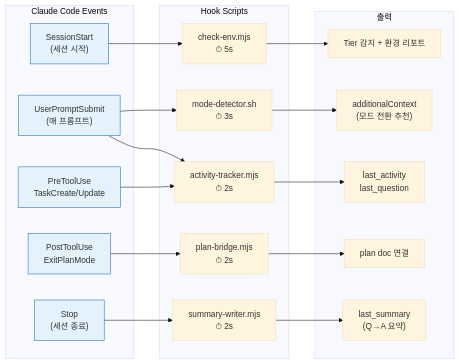
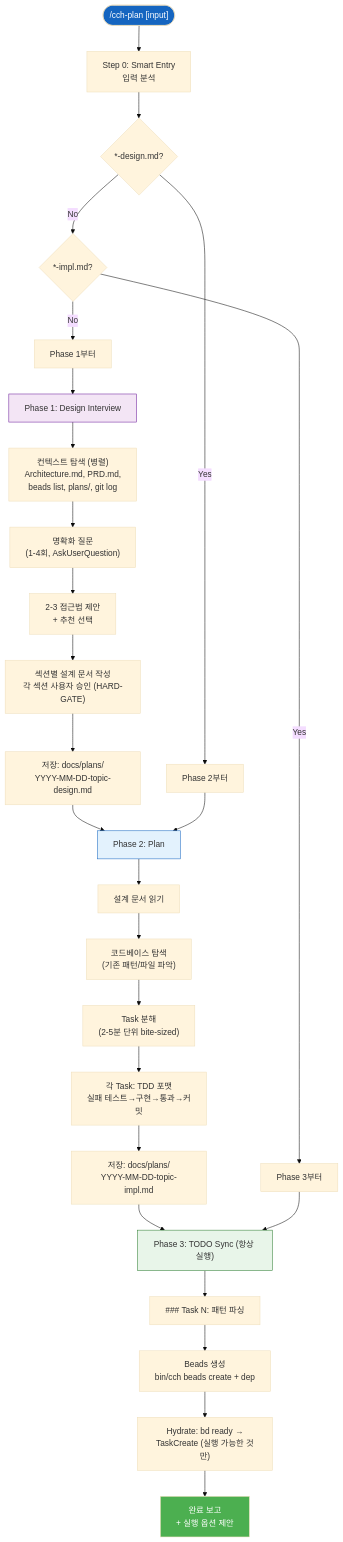
Before and after one commit to skdkfk8758/claude-code-harness: the eighth of 18 diagrams in docs/diagrams/cch-workflows.md, drawn with Mermaid (base theme). The commit also changed other lines of this file and 10 other files, not shown here.

Commit message:
docs: add plan documents and diagrams from current session

````diff
--- a/docs/diagrams/cch-workflows.md
+++ b/docs/diagrams/cch-workflows.md
@@ -210,39 +388,36 @@
 ```mermaid
-flowchart LR
-    subgraph Events["Claude Code Events"]
-        E0["SessionStart<br/>(세션 시작)"]
-        E1["UserPromptSubmit<br/>(매 프롬프트)"]
-        E2["PreToolUse<br/>TaskCreate/Update"]
-        E3["PostToolUse<br/>ExitPlanMode"]
-        E4["Stop<br/>(세션 종료)"]
-    end
+flowchart TD
+    START(["/cch-plan [input]"]) --> SMART["Step 0: Smart Entry<br/>입력 분석"]
 
-    subgraph Scripts["Hook Scripts"]
-        S0["check-env.mjs<br/>⏱ 5s"]
-        S1["mode-detector.sh<br/>⏱ 3s"]
-        S2["activity-tracker.mjs<br/>⏱ 2s"]
-        S3["plan-bridge.mjs<br/>⏱ 2s"]
-        S4["summary-writer.mjs<br/>⏱ 2s"]
-    end
+    SMART --> CHK1{"*-design.md?"}
+    CHK1 -->|Yes| START_P2["Phase 2부터"]
+    CHK1 -->|No| CHK2{"*-impl.md?"}
+    CHK2 -->|Yes| START_P3["Phase 3부터"]
+    CHK2 -->|No| START_P1["Phase 1부터"]
 
-    subgraph Outputs["출력"]
-        O0["Tier 감지 + 환경 리포트"]
-        O1["additionalContext<br/>(모드 전환 추천)"]
-        O2["last_activity<br/>last_question"]
-        O3["plan doc 연결"]
-        O4["last_summary<br/>(Q→A 요약)"]
-    end
+    START_P1 --> P1["Phase 1: Design Interview"]
+    P1 --> P1_CTX["컨텍스트 탐색 (병렬)<br/>Architecture.md, PRD.md,<br/>beads list, plans/, git log"]
+    P1_CTX --> P1_Q["명확화 질문<br/>(1-4회, AskUserQuestion)"]
+    P1_Q --> P1_APPROACH["2-3 접근법 제안<br/>+ 추천 선택"]
+    P1_APPROACH --> P1_DOC["섹션별 설계 문서 작성<br/>각 섹션 사용자 승인 (HARD-GATE)"]
+    P1_DOC --> P1_SAVE["저장: docs/plans/<br/>YYYY-MM-DD-topic-design.md"]
 
-    E0 --> S0 --> O0
-    E1 --> S1 --> O1
-    E1 --> S2 --> O2
-    E2 --> S2
-    E3 --> S3 --> O3
-    E4 --> S4 --> O4
+    P1_SAVE & START_P2 --> P2["Phase 2: Plan"]
+    P2 --> P2_READ["설계 문서 읽기"]
+    P2_READ --> P2_EXPLORE["코드베이스 탐색<br/>(기존 패턴/파일 파악)"]
+    P2_EXPLORE --> P2_TASKS["Task 분해<br/>(2-5분 단위 bite-sized)"]
+    P2_TASKS --> P2_TDD["각 Task: TDD 포맷<br/>실패 테스트→구현→통과→커밋"]
+    P2_TDD --> P2_SAVE["저장: docs/plans/<br/>YYYY-MM-DD-topic-impl.md"]
 
-    style E0 fill:#E3F2FD,stroke:#1565C0
-    style E1 fill:#E3F2FD,stroke:#1565C0
-    style E2 fill:#E3F2FD,stroke:#1565C0
-    style E3 fill:#E3F2FD,stroke:#1565C0
-    style E4 fill:#E3F2FD,stroke:#1565C0
+    P2_SAVE & START_P3 --> P3["Phase 3: TODO Sync (항상 실행)"]
+    P3 --> P3_PARSE["### Task N: 패턴 파싱"]
+    P3_PARSE --> P3_BEADS["Beads 생성<br/>bin/cch beads create + dep"]
+    P3_BEADS --> P3_HYDRATE["Hydrate: bd ready →<br/>TaskCreate (실행 가능한 것만)"]
+    P3_HYDRATE --> REPORT["완료 보고<br/>+ 실행 옵션 제안"]
+
+    style START fill:#1565C0,color:white
+    style REPORT fill:#4CAF50,color:white
+    style P1 fill:#F3E5F5,stroke:#6A1B9A
+    style P2 fill:#E3F2FD,stroke:#1565C0
+    style P3 fill:#E8F5E9,stroke:#2E7D32
 ```
````
